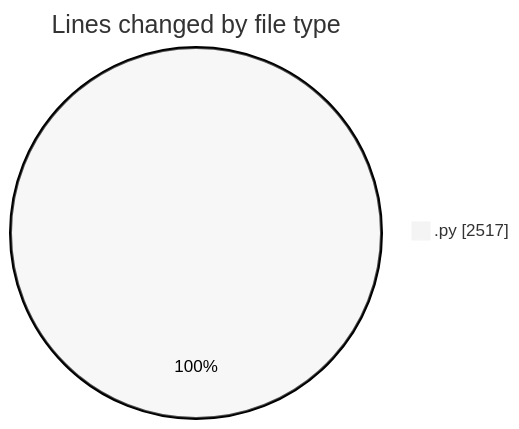
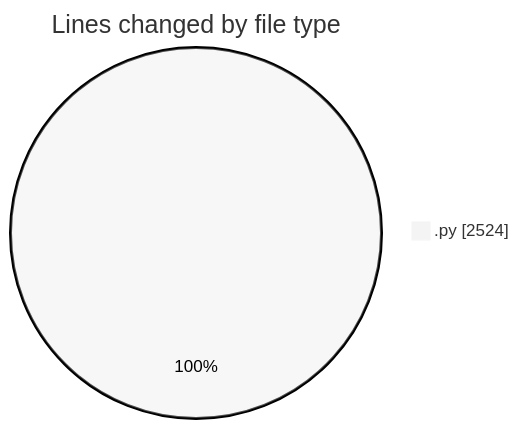
The first of 2 diagrams in 2026-01-11/dsa/README.md (Ritupan-Deka/code-tracking), drawn with Mermaid (neutral theme) before and after one commit. The commit also changed other lines of this file and 1 other file, not shown here.

````diff
--- a/2026-01-11/dsa/README.md
+++ b/2026-01-11/dsa/README.md
@@ -21,5 +21,5 @@
 ```mermaid
 pie showData
 title Lines changed by file type
-".py" : 2517
+".py" : 2524
 ```
````
